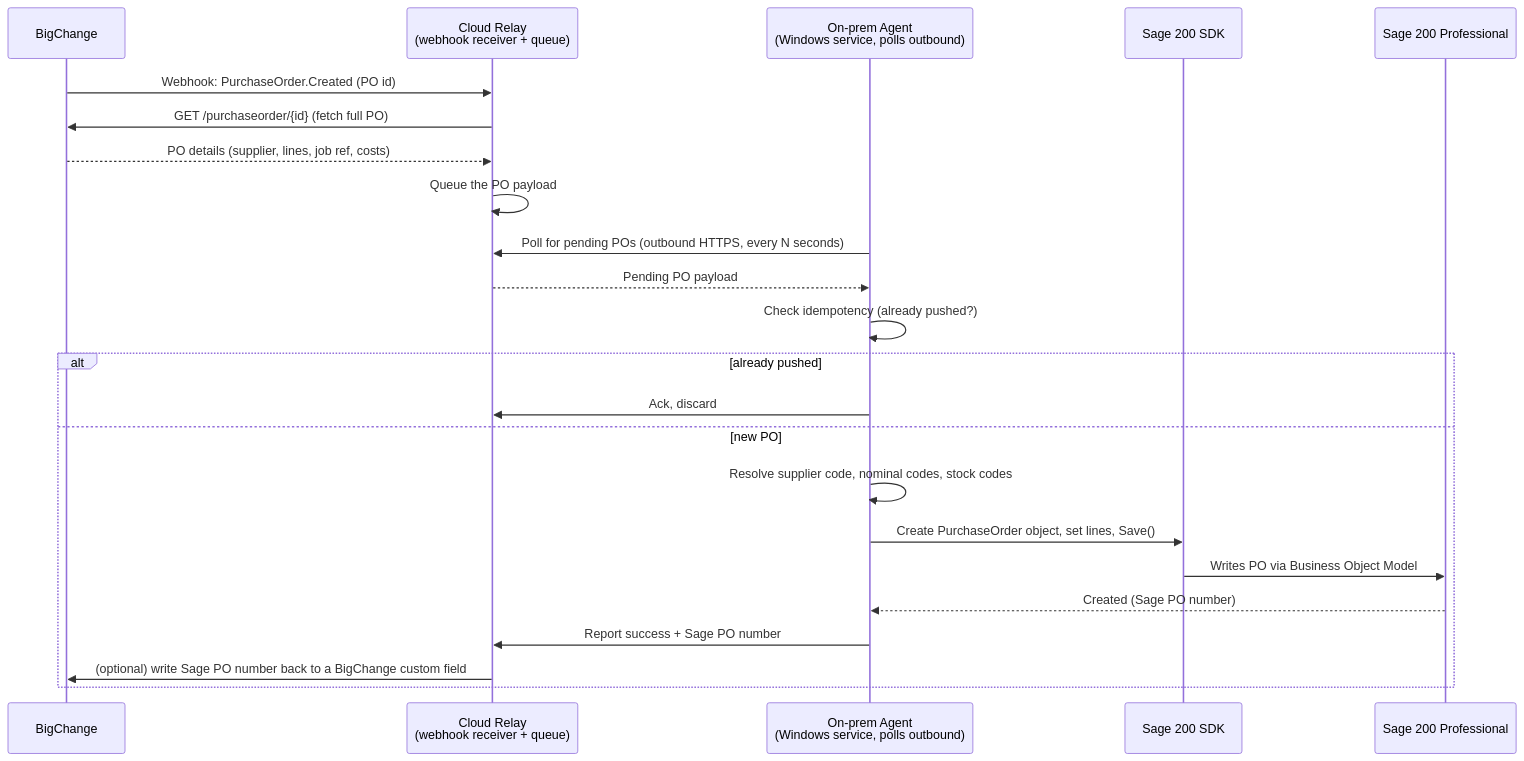
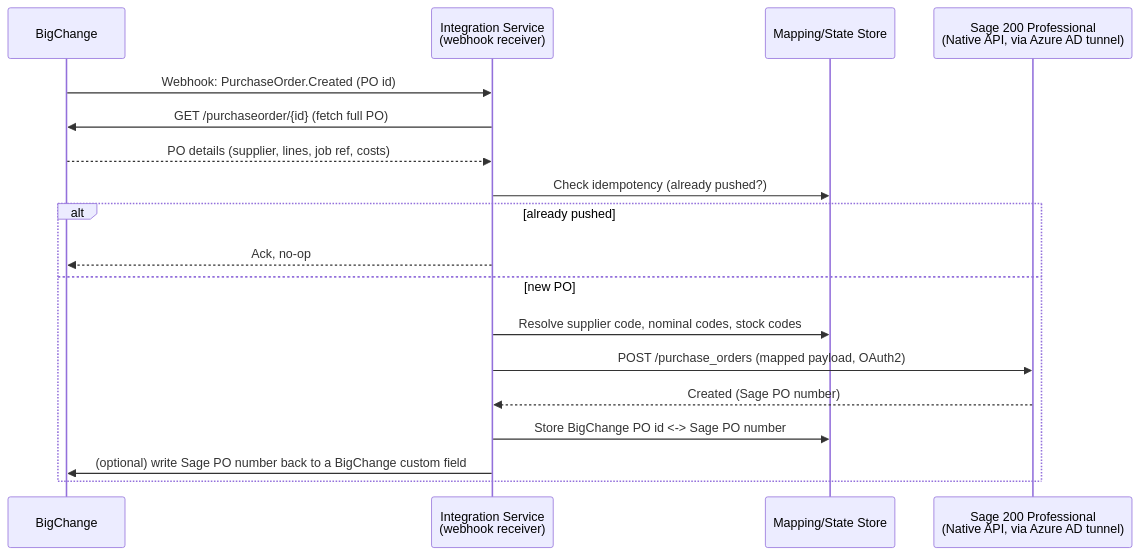
The diagram in docs/bigchange-sage200-po-integration.md (luciennzotarh-design/Test), drawn with Mermaid before and after one commit. The commit also changed other lines of this file, not shown here.

Commit message:
Correct plan: Sage 200 Professional has a REST API via Native API tunnelling

````diff
--- a/docs/bigchange-sage200-po-integration.md
+++ b/docs/bigchange-sage200-po-integration.md
@@ -28,26 +30,21 @@
 ```mermaid
 sequenceDiagram
     participant BC as BigChange
-    participant RL as Cloud Relay<br/>(webhook receiver + queue)
-    participant AG as On-prem Agent<br/>(Windows service, polls outbound)
-    participant SDK as Sage 200 SDK
-    participant SG as Sage 200 Professional
+    participant WH as Integration Service<br/>(webhook receiver)
+    participant DB as Mapping/State Store
+    participant SG as Sage 200 Professional<br/>(Native API, via Azure AD tunnel)
 
-    BC->>RL: Webhook: PurchaseOrder.Created (PO id)
-    RL->>BC: GET /purchaseorder/{id} (fetch full PO)
-    BC-->>RL: PO details (supplier, lines, job ref, costs)
-    RL->>RL: Queue the PO payload
-    AG->>RL: Poll for pending POs (outbound HTTPS, every N seconds)
-    RL-->>AG: Pending PO payload
-    AG->>AG: Check idempotency (already pushed?)
+    BC->>WH: Webhook: PurchaseOrder.Created (PO id)
+    WH->>BC: GET /purchaseorder/{id} (fetch full PO)
+    BC-->>WH: PO details (supplier, lines, job ref, costs)
+    WH->>DB: Check idempotency (already pushed?)
     alt already pushed
-        AG->>RL: Ack, discard
+        WH-->>BC: Ack, no-op
     else new PO
-        AG->>AG: Resolve supplier code, nominal codes, stock codes
-        AG->>SDK: Create PurchaseOrder object, set lines, Save()
-        SDK->>SG: Writes PO via Business Object Model
-        SG-->>AG: Created (Sage PO number)
-        AG->>RL: Report success + Sage PO number
-        RL->>BC: (optional) write Sage PO number back to a BigChange custom field
+        WH->>DB: Resolve supplier code, nominal codes, stock codes
+        WH->>SG: POST /purchase_orders (mapped payload, OAuth2)
+        SG-->>WH: Created (Sage PO number)
+        WH->>DB: Store BigChange PO id <-> Sage PO number
+        WH->>BC: (optional) write Sage PO number back to a BigChange custom field
     end
 ```
````
